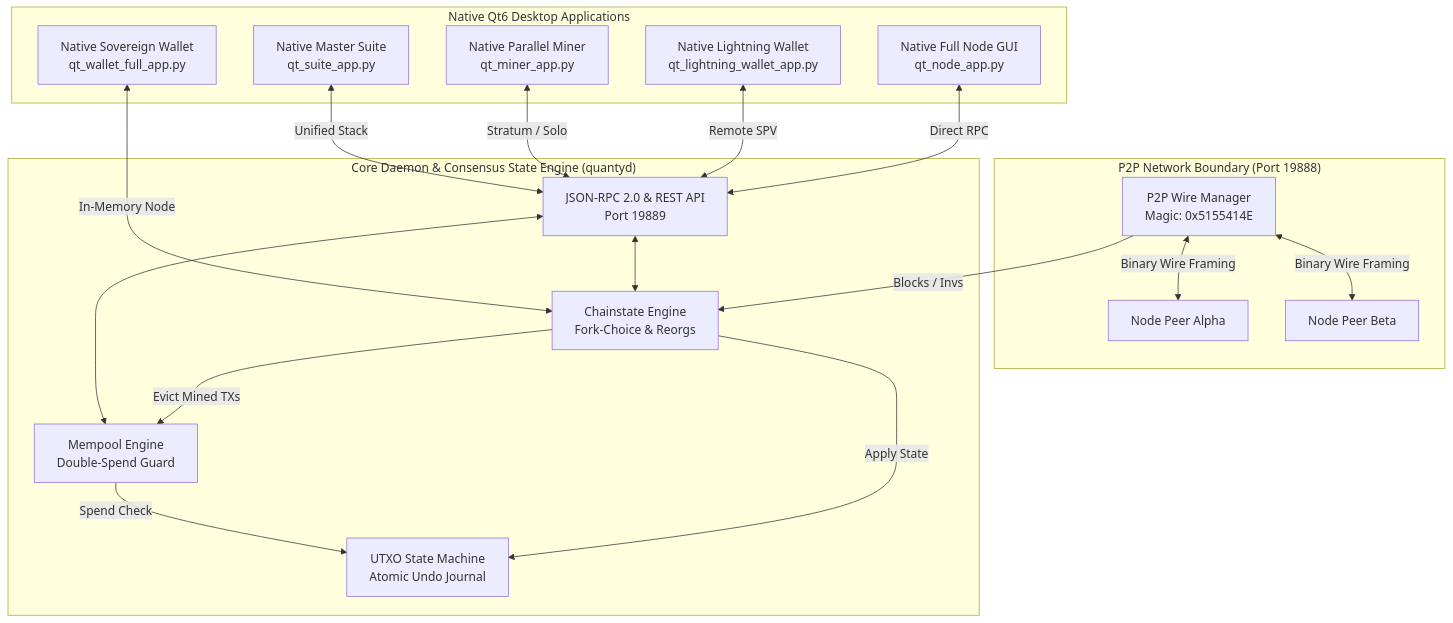
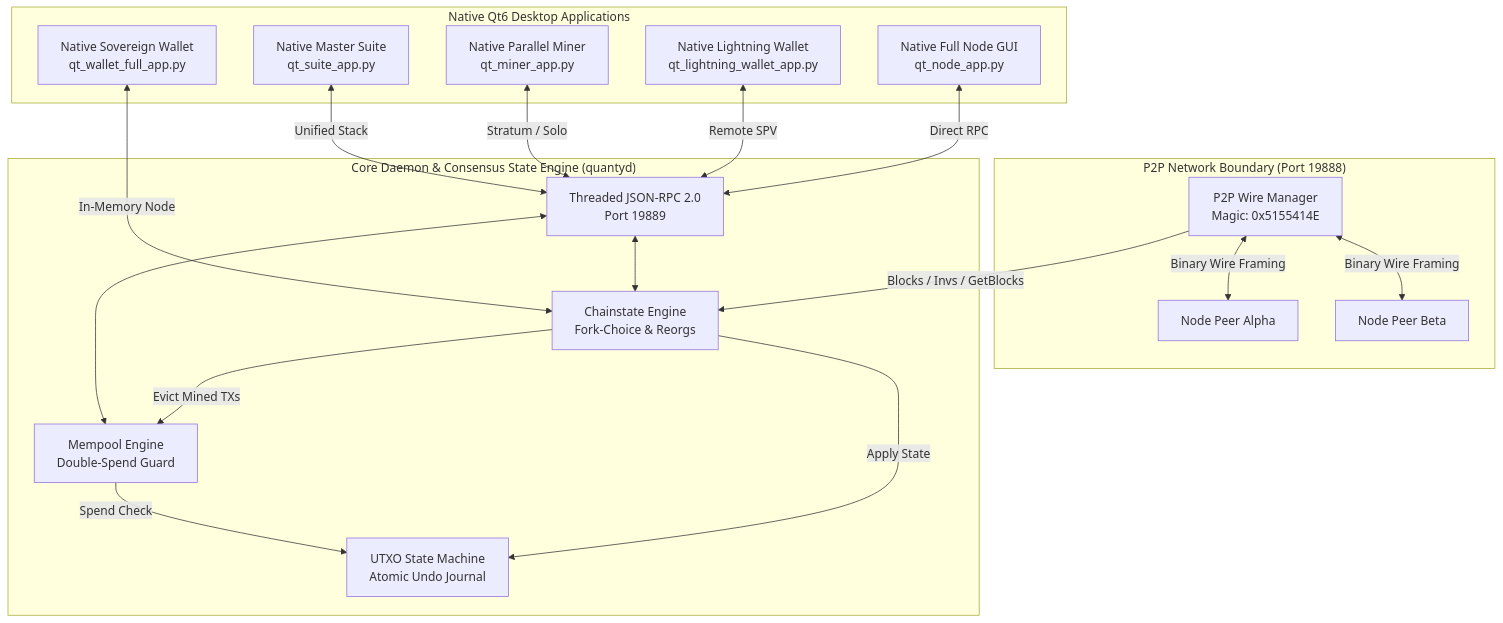
The diagram in README.md (timfromhcs/QuantyCoin), drawn with Mermaid before and after one commit. The commit also changed other lines of this file and 33 other files, not shown here.

First line of the commit message:
feat(core): Release v7.0 Production - Multi-Threaded RPC Concurrency, Bitcoin Core Test Framework & Architecture Optimization

````diff
--- a/README.md
+++ b/README.md
@@ -124,38 +128,38 @@
 ```mermaid
 graph TB
     subgraph "P2P Network Boundary (Port 19888)"
         P2P[P2P Wire Manager\nMagic: 0x5155414E]
         PeerA[Node Peer Alpha]
         PeerB[Node Peer Beta]
         P2P <-->|Binary Wire Framing| PeerA
         P2P <-->|Binary Wire Framing| PeerB
     end
 
     subgraph "Core Daemon & Consensus State Engine (quantyd)"
         CS[Chainstate Engine\nFork-Choice & Reorgs]
         UTXO[UTXO State Machine\nAtomic Undo Journal]
         MEM[Mempool Engine\nDouble-Spend Guard]
-        RPC[JSON-RPC 2.0 & REST API\nPort 19889]
+        RPC[Threaded JSON-RPC 2.0\nPort 19889]
         
-        P2P -->|Blocks / Invs| CS
+        P2P -->|Blocks / Invs / GetBlocks| CS
         CS -->|Apply State| UTXO
         MEM -->|Spend Check| UTXO
         CS -->|Evict Mined TXs| MEM
         RPC <--> CS
         RPC <--> MEM
     end
 
     subgraph "Native Qt6 Desktop Applications"
         GUI_NODE[Native Full Node GUI\nqt_node_app.py]
         GUI_WALLET[Native Sovereign Wallet\nqt_wallet_full_app.py]
         GUI_LIGHT[Native Lightning Wallet\nqt_lightning_wallet_app.py]
         GUI_MINER[Native Parallel Miner\nqt_miner_app.py]
         GUI_SUITE[Native Master Suite\nqt_suite_app.py]
         
         GUI_NODE <-->|Direct RPC| RPC
         GUI_WALLET <-->|In-Memory Node| CS
         GUI_LIGHT <-->|Remote SPV| RPC
         GUI_MINER <-->|Stratum / Solo| RPC
         GUI_SUITE <-->|Unified Stack| RPC
     end
 ```
````
